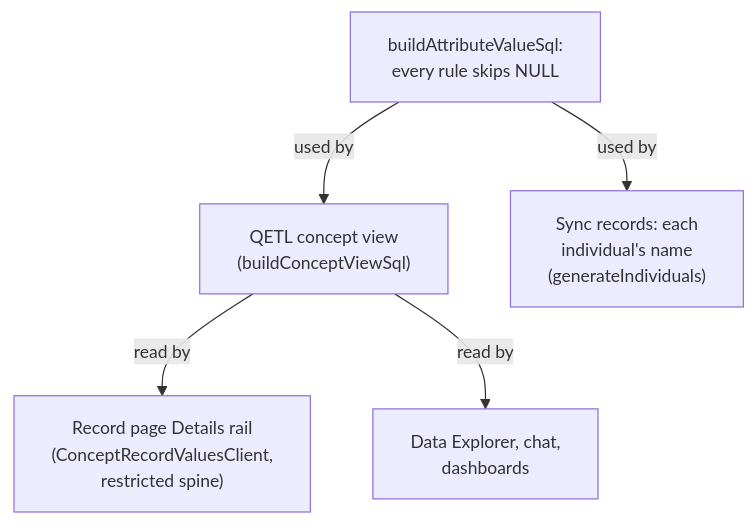
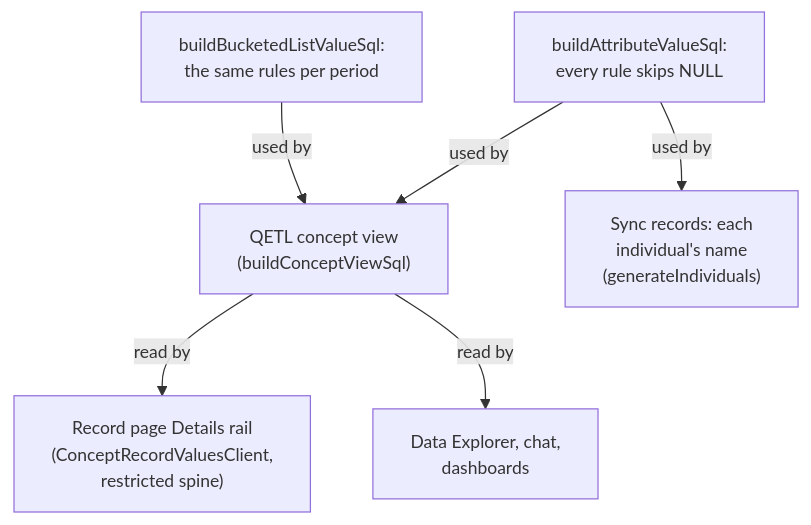
One commit to AvandarLabs/avandar changed the sixth of 10 diagrams in docs/ontology-architecture.md. Above: the diagram before and after it, drawn with Mermaid. The commit also changed other lines of this file, not shown here.

Commit message:
docs(joined-cases): describe per-period fields in the ontology architecture

````diff
--- a/docs/ontology-architecture.md
+++ b/docs/ontology-architecture.md
@@ -485,13 +575,15 @@
 ```mermaid
 %%{init: {'themeVariables': {'fontSize': '14px'}}}%%
 flowchart TD
   B["buildAttributeValueSql:<br/>every rule skips NULL"]
+  BP["buildBucketedListValueSql:<br/>the same rules per period"]
   V["QETL concept view<br/>(buildConceptViewSql)"]
   N["Sync records: each<br/>individual's name<br/>(generateIndividuals)"]
   R["Record page Details rail<br/>(ConceptRecordValuesClient,<br/>restricted spine)"]
   Q["Data Explorer, chat,<br/>dashboards"]
   B -- "used by" --> V
+  BP -- "used by" --> V
   B -- "used by" --> N
   V -- "read by" --> R
   V -- "read by" --> Q
 ```
````
